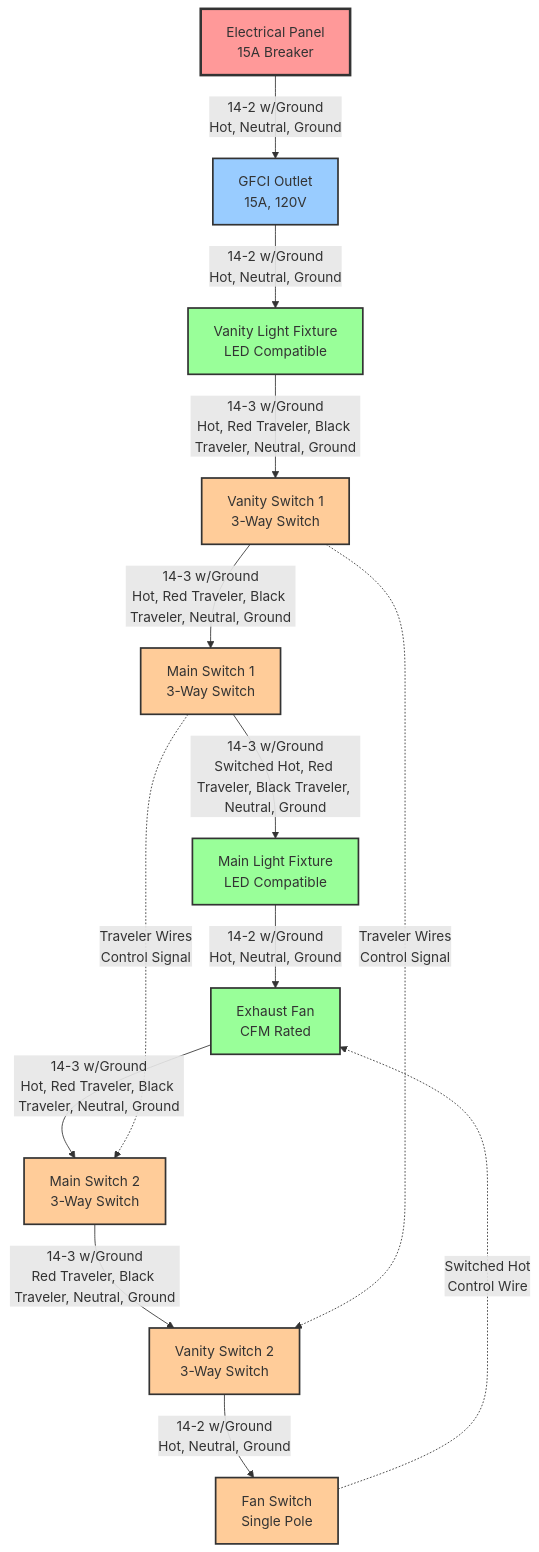
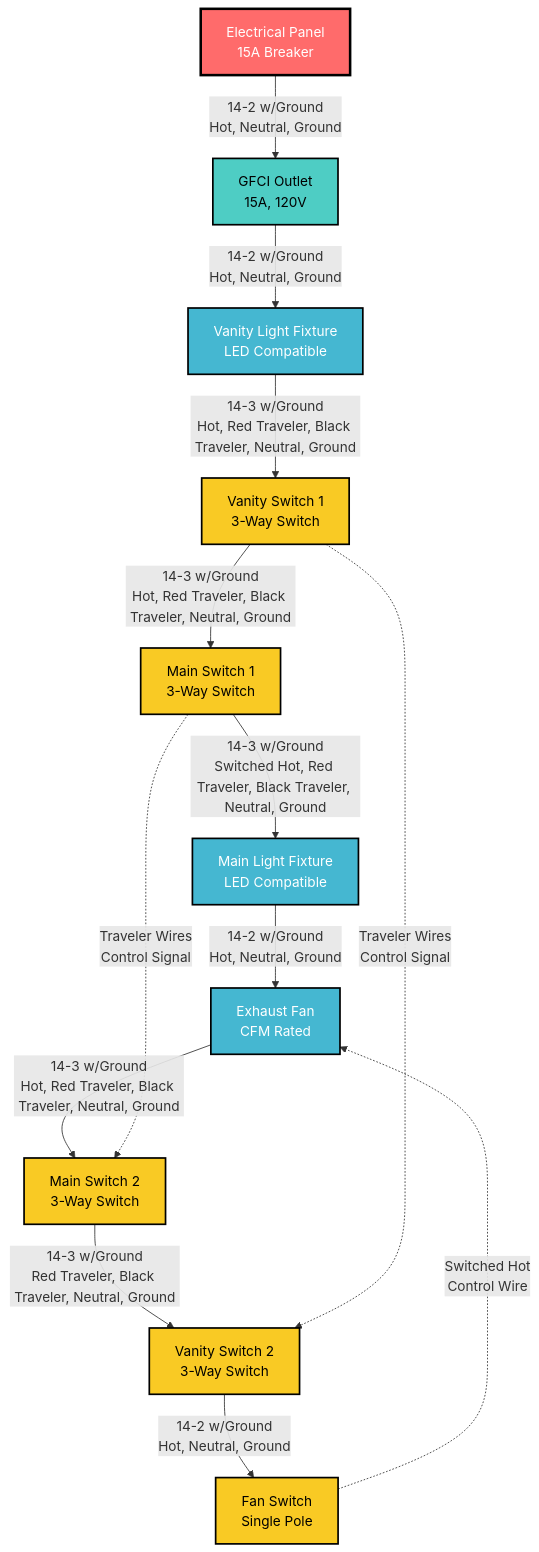
The first of 7 diagrams in diagrams/mermaid-wiring-diagram.md (ticklemycode/electrical-wiring), drawn with Mermaid before and after one commit. The commit also changed other lines of this file, not shown here.

Commit message:
Mermaid diagram style updates

````diff
--- a/diagrams/mermaid-wiring-diagram.md
+++ b/diagrams/mermaid-wiring-diagram.md
@@ -7,39 +7,39 @@
 ```mermaid
 flowchart TD
     A[Electrical Panel<br/>15A Breaker] -->|14-2 w/Ground<br/>Hot, Neutral, Ground| B[GFCI Outlet<br/>15A, 120V]
     
     B -->|14-2 w/Ground<br/>Hot, Neutral, Ground| C[Vanity Light Fixture<br/>LED Compatible]
     
     C -->|14-3 w/Ground<br/>Hot, Red Traveler, Black Traveler, Neutral, Ground| D[Vanity Switch 1<br/>3-Way Switch]
     
     D -->|14-3 w/Ground<br/>Hot, Red Traveler, Black Traveler, Neutral, Ground| E[Main Switch 1<br/>3-Way Switch]
     
     E -->|14-3 w/Ground<br/>Switched Hot, Red Traveler, Black Traveler, Neutral, Ground| F[Main Light Fixture<br/>LED Compatible]
     
     F -->|14-2 w/Ground<br/>Hot, Neutral, Ground| G[Exhaust Fan<br/>CFM Rated]
     
     G -->|14-3 w/Ground<br/>Hot, Red Traveler, Black Traveler, Neutral, Ground| H[Main Switch 2<br/>3-Way Switch]
     
     H -->|14-3 w/Ground<br/>Red Traveler, Black Traveler, Neutral, Ground| I[Vanity Switch 2<br/>3-Way Switch]
     
     I -->|14-2 w/Ground<br/>Hot, Neutral, Ground| J[Fan Switch<br/>Single Pole]
     
     %% 3-Way Control Connections
     D -.->|Traveler Wires<br/>Control Signal| I
     E -.->|Traveler Wires<br/>Control Signal| H
     
     %% Fan Control
     J -.->|Switched Hot<br/>Control Wire| G
     
     %% Styling
-    classDef panelStyle fill:#ff9999,stroke:#333,stroke-width:3px
-    classDef gfciStyle fill:#99ccff,stroke:#333,stroke-width:2px
-    classDef fixtureStyle fill:#99ff99,stroke:#333,stroke-width:2px
-    classDef switchStyle fill:#ffcc99,stroke:#333,stroke-width:2px
+    classDef panelStyle fill:#ff6b6b,stroke:#000,stroke-width:3px,color:#fff
+    classDef gfciStyle fill:#4ecdc4,stroke:#000,stroke-width:2px,color:#000
+    classDef fixtureStyle fill:#45b7d1,stroke:#000,stroke-width:2px,color:#fff
+    classDef switchStyle fill:#f9ca24,stroke:#000,stroke-width:2px,color:#000
     classDef wireStyle stroke:#666,stroke-width:2px
     
     class A panelStyle
     class B gfciStyle
     class C,F,G fixtureStyle
     class D,E,H,I,J switchStyle
 ```
````
